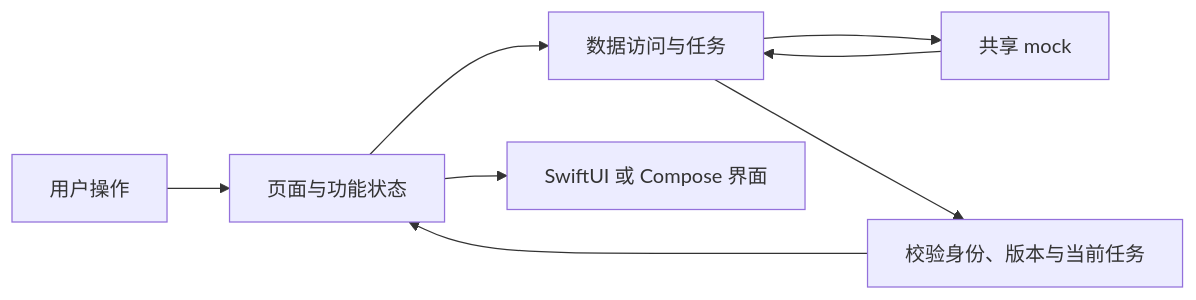
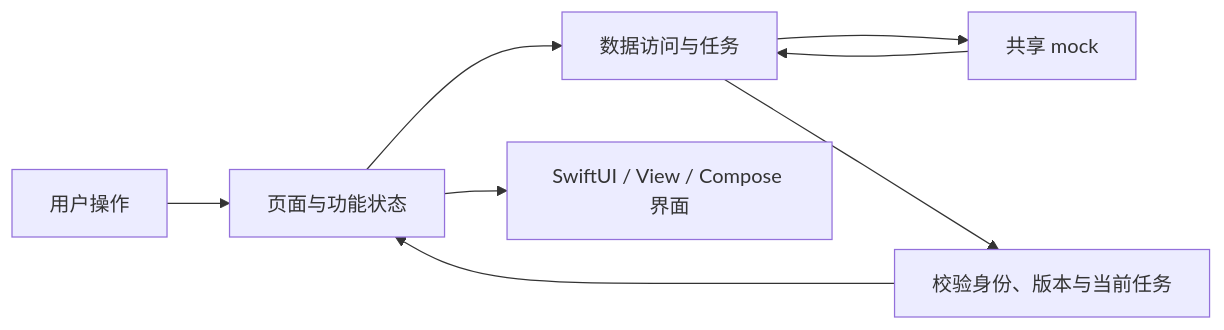
One commit to xinqingaa/native-clients changed the diagram in docs/architecture.md. Above: the diagram before and after it, drawn with Mermaid. The commit also changed other lines of this file and 13 other files, not shown here.

````diff
--- a/docs/architecture.md
+++ b/docs/architecture.md
@@ -22,10 +23,10 @@
 ```mermaid
 flowchart LR
     U[用户操作] --> S[页面与功能状态]
     S --> D[数据访问与任务]
     D --> M[共享 mock]
     M --> D
     D --> V[校验身份、版本与当前任务]
     V --> S
-    S --> UI[SwiftUI 或 Compose 界面]
+    S --> UI[SwiftUI / View / Compose 界面]
 ```
````
